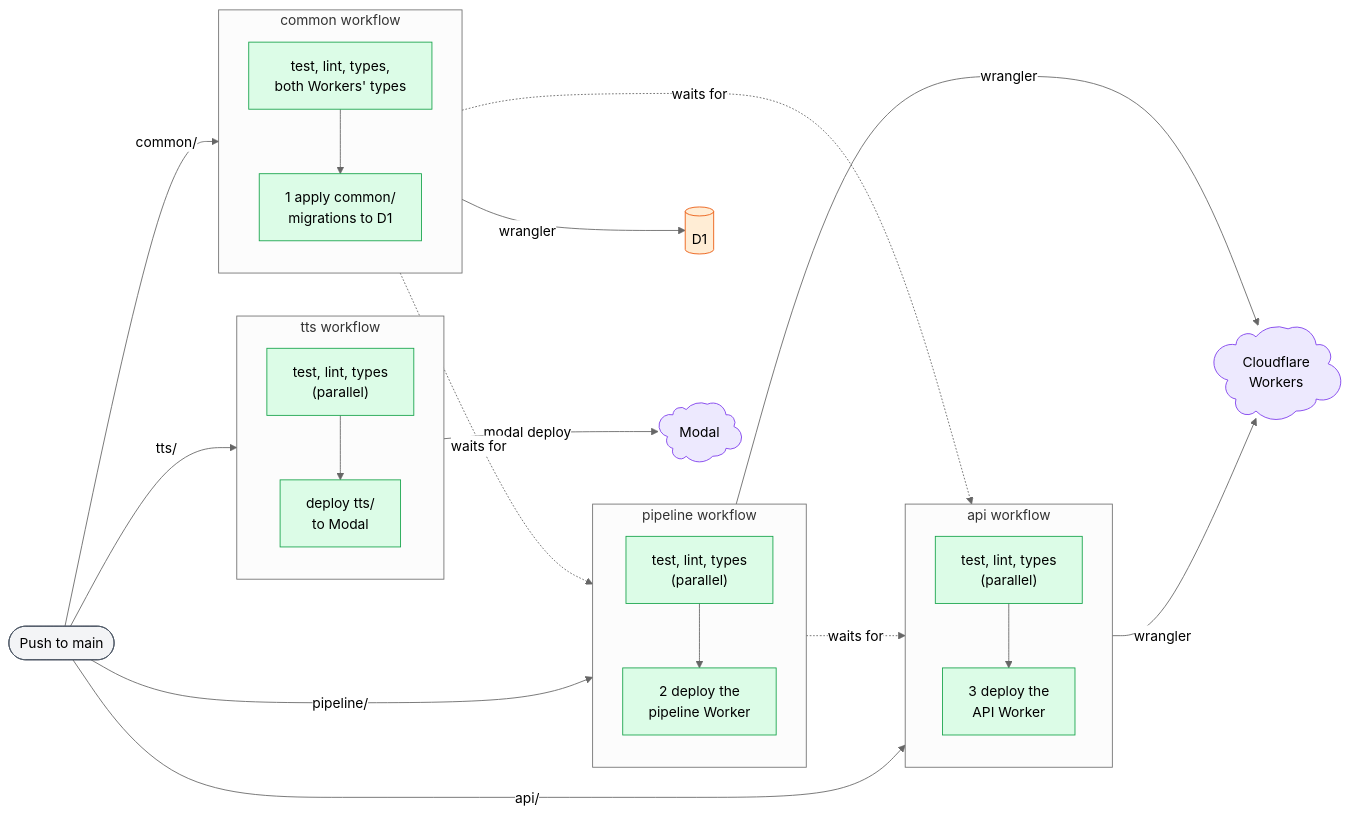
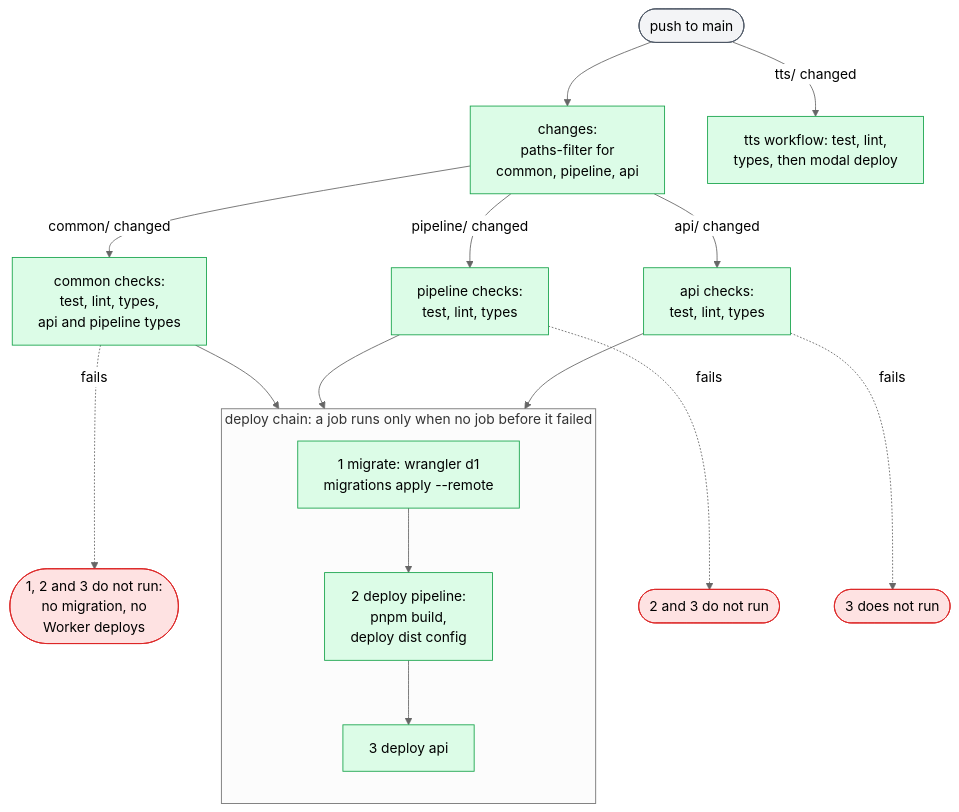
The diagram in docs/technical-design/deployment-and-ci.md (asermax/nagara), drawn with Mermaid (neutral theme) before and after one commit. The commit also changed other lines of this file and 9 other files, not shown here.

Commit message:
docs: record the program design of the Cloudflare migration

````diff
--- a/docs/technical-design/deployment-and-ci.md
+++ b/docs/technical-design/deployment-and-ci.md
@@ -44,50 +44,28 @@
 ```mermaid
-flowchart LR
-  push@{ shape: stadium, label: "Push to main" }
-  subgraph cw ["common workflow"]
-    direction TB
-    cchk@{ shape: rect, label: "test, lint, types,<br/>both Workers' types" }
-    mig@{ shape: rect, label: "1 apply common/<br/>migrations to D1" }
-    cchk --> mig
-  end
-  subgraph pw ["pipeline workflow"]
-    direction TB
-    pchk@{ shape: rect, label: "test, lint, types<br/>(parallel)" }
-    pdep@{ shape: rect, label: "2 deploy the<br/>pipeline Worker" }
-    pchk --> pdep
-  end
-  subgraph aw ["api workflow"]
-    direction TB
-    achk@{ shape: rect, label: "test, lint, types<br/>(parallel)" }
-    adep@{ shape: rect, label: "3 deploy the<br/>API Worker" }
-    achk --> adep
-  end
-  subgraph tw ["tts workflow"]
-    direction TB
-    tchk@{ shape: rect, label: "test, lint, types<br/>(parallel)" }
-    tdep@{ shape: rect, label: "deploy tts/<br/>to Modal" }
-    tchk --> tdep
-  end
-  d1@{ shape: cyl, label: "D1" }
-  cfw@{ shape: cloud, label: "Cloudflare<br/>Workers" }
-  modal@{ shape: cloud, label: "Modal" }
-  push -->|"common/"| cchk
-  push -->|"pipeline/"| pchk
-  push -->|"api/"| achk
-  push -->|"tts/"| tchk
-  mig -.->|"waits for"| pdep
-  mig -.->|"waits for"| adep
-  pdep -.->|"waits for"| adep
-  mig -->|"wrangler"| d1
-  pdep -->|"wrangler"| cfw
-  adep -->|"wrangler"| cfw
-  tdep -->|"modal deploy"| modal
-  classDef step fill:#dcfce7,stroke:#16a34a
-  classDef store fill:#ffedd5,stroke:#ea580c
-  classDef ext fill:#ede9fe,stroke:#7c3aed
-  classDef person fill:#f3f4f6,stroke:#4b5563
-  class cchk,mig,pchk,pdep,achk,adep,tchk,tdep step
-  class d1 store
-  class cfw,modal ext
-  class push person
+flowchart TD
+    push(["push to main"]) --> ch["changes:<br/>paths-filter for<br/>common, pipeline, api"]
+    ch -->|"common/ changed"| cc["common checks:<br/>test, lint, types,<br/>api and pipeline types"]
+    ch -->|"pipeline/ changed"| pc["pipeline checks:<br/>test, lint, types"]
+    ch -->|"api/ changed"| ac["api checks:<br/>test, lint, types"]
+    subgraph chain ["deploy chain: a job runs only when no job before it failed"]
+        direction TB
+        mig["1 migrate: wrangler d1<br/>migrations apply --remote"]
+        pd["2 deploy pipeline:<br/>pnpm build,<br/>deploy dist config"]
+        ad["3 deploy api"]
+        mig --> pd --> ad
+    end
+    cc --> mig
+    pc --> pd
+    ac --> ad
+    cc -. "fails" .-> s1(["1, 2 and 3 do not run:<br/>no migration, no<br/>Worker deploys"])
+    pc -. "fails" .-> s2(["2 and 3 do not run"])
+    ac -. "fails" .-> s3(["3 does not run"])
+    tw["tts workflow: test, lint,<br/>types, then modal deploy"]
+    push -->|"tts/ changed"| tw
+    classDef step fill:#dcfce7,stroke:#16a34a
+    classDef broken fill:#fee2e2,stroke:#dc2626
+    classDef person fill:#f3f4f6,stroke:#4b5563
+    class ch,cc,pc,ac,mig,pd,ad,tw step
+    class s1,s2,s3 broken
+    class push person
 ```
````
